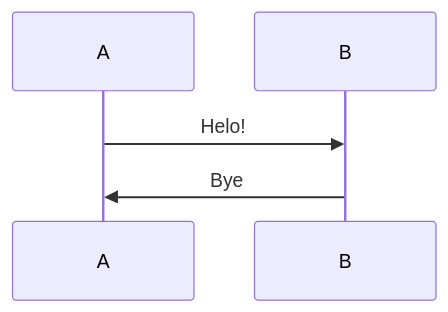
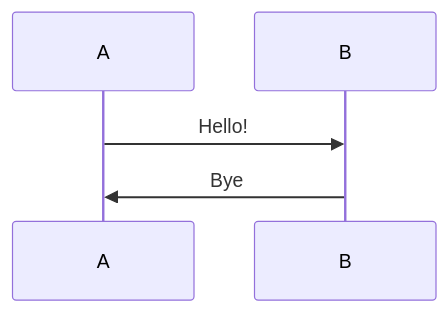
The diagram in README.md (hrknd/mermaidsample), drawn with Mermaid before and after one commit.

````diff
--- a/README.md
+++ b/README.md
@@ -1,5 +1,5 @@
 ```mermaid
 sequenceDiagram
-      A->>B:Helo!
+      A->>B:Hello!
       B->>A:Bye
 ```
````
